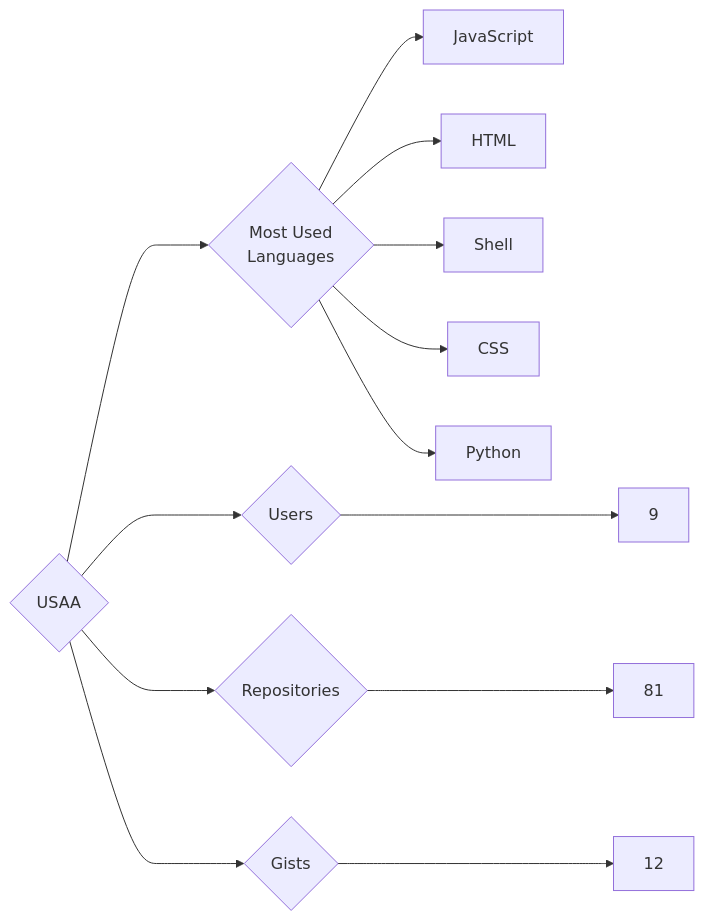
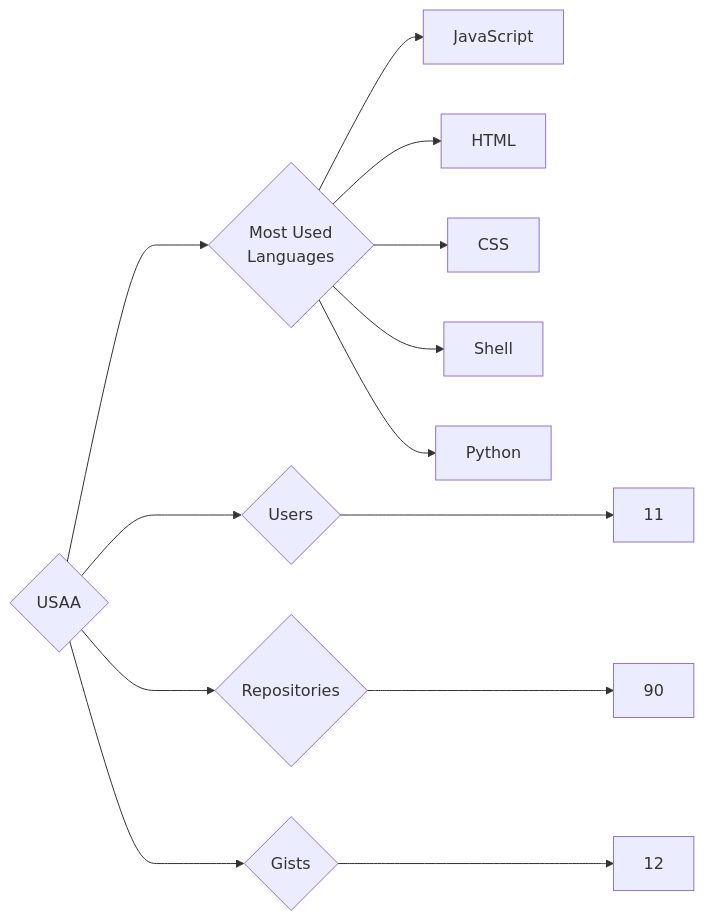
Before and after one commit to trickest/insiders: the diagram in targets/USAA/README.md, drawn with Mermaid. The commit also changed 1479 other files, not shown here.

````diff
--- a/targets/USAA/README.md
+++ b/targets/USAA/README.md
@@ -3,13 +3,13 @@
 ```mermaid
 graph LR
 COMPANY_NAME{USAA}
-COMPANY_NAME ---> U{Users} ---> UN[9]
-COMPANY_NAME ---> R{Repositories} ---> RN[81]
+COMPANY_NAME ---> U{Users} ---> UN[11]
+COMPANY_NAME ---> R{Repositories} ---> RN[90]
 COMPANY_NAME ---> G{Gists} ---> GN[12]
 COMPANY_NAME ---> ML{Most Used<br>Languages}
 ML --> JavaScript[JavaScript]
 ML --> HTML[HTML]
+ML --> CSS[CSS]
 ML --> Shell[Shell]
-ML --> CSS[CSS]
 ML --> Python[Python]
 ```
````
